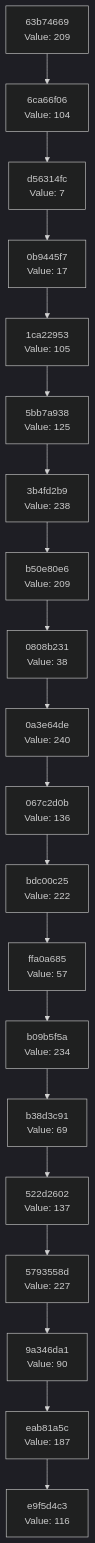
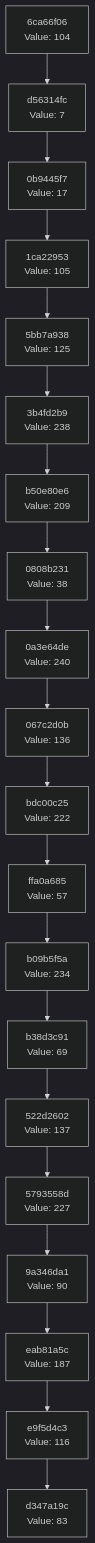
One commit to Abhisheksinha1506/hash-chain-evolver changed the diagram in docs/CHAIN_VISUALIZATION.md. Above: the diagram before and after it, drawn with Mermaid (dark theme). The commit also changed 2 other files, not shown here.

Commit message:
Evolution step: hash 0x53 → action executed

````diff
--- a/docs/CHAIN_VISUALIZATION.md
+++ b/docs/CHAIN_VISUALIZATION.md
@@ -3,42 +3,42 @@
 ```mermaid
 graph TD
-    C0["e9f5d4c3<br/>Value: 116"]
-    C1["eab81a5c<br/>Value: 187"]
+    C0["d347a19c<br/>Value: 83"]
+    C1["e9f5d4c3<br/>Value: 116"]
     C1 --> C0
-    C2["9a346da1<br/>Value: 90"]
+    C2["eab81a5c<br/>Value: 187"]
     C2 --> C1
-    C3["5793558d<br/>Value: 227"]
+    C3["9a346da1<br/>Value: 90"]
     C3 --> C2
-    C4["522d2602<br/>Value: 137"]
+    C4["5793558d<br/>Value: 227"]
     C4 --> C3
-    C5["b38d3c91<br/>Value: 69"]
+    C5["522d2602<br/>Value: 137"]
     C5 --> C4
-    C6["b09b5f5a<br/>Value: 234"]
+    C6["b38d3c91<br/>Value: 69"]
     C6 --> C5
-    C7["ffa0a685<br/>Value: 57"]
+    C7["b09b5f5a<br/>Value: 234"]
     C7 --> C6
-    C8["bdc00c25<br/>Value: 222"]
+    C8["ffa0a685<br/>Value: 57"]
     C8 --> C7
-    C9["067c2d0b<br/>Value: 136"]
+    C9["bdc00c25<br/>Value: 222"]
     C9 --> C8
-    C10["0a3e64de<br/>Value: 240"]
+    C10["067c2d0b<br/>Value: 136"]
     C10 --> C9
-    C11["0808b231<br/>Value: 38"]
+    C11["0a3e64de<br/>Value: 240"]
     C11 --> C10
-    C12["b50e80e6<br/>Value: 209"]
+    C12["0808b231<br/>Value: 38"]
     C12 --> C11
-    C13["3b4fd2b9<br/>Value: 238"]
+    C13["b50e80e6<br/>Value: 209"]
     C13 --> C12
-    C14["5bb7a938<br/>Value: 125"]
+    C14["3b4fd2b9<br/>Value: 238"]
     C14 --> C13
-    C15["1ca22953<br/>Value: 105"]
+    C15["5bb7a938<br/>Value: 125"]
     C15 --> C14
-    C16["0b9445f7<br/>Value: 17"]
+    C16["1ca22953<br/>Value: 105"]
     C16 --> C15
-    C17["d56314fc<br/>Value: 7"]
+    C17["0b9445f7<br/>Value: 17"]
     C17 --> C16
-    C18["6ca66f06<br/>Value: 104"]
+    C18["d56314fc<br/>Value: 7"]
     C18 --> C17
-    C19["63b74669<br/>Value: 209"]
+    C19["6ca66f06<br/>Value: 104"]
     C19 --> C18
 ```
````
